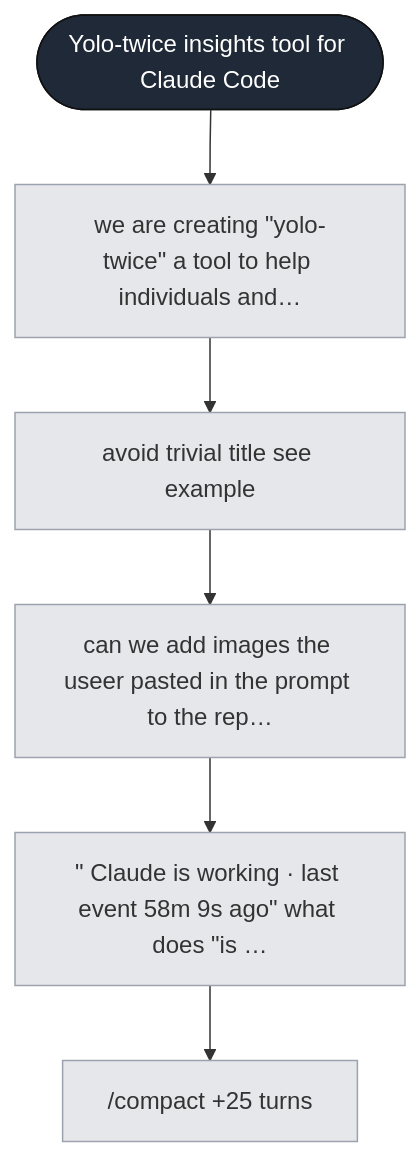
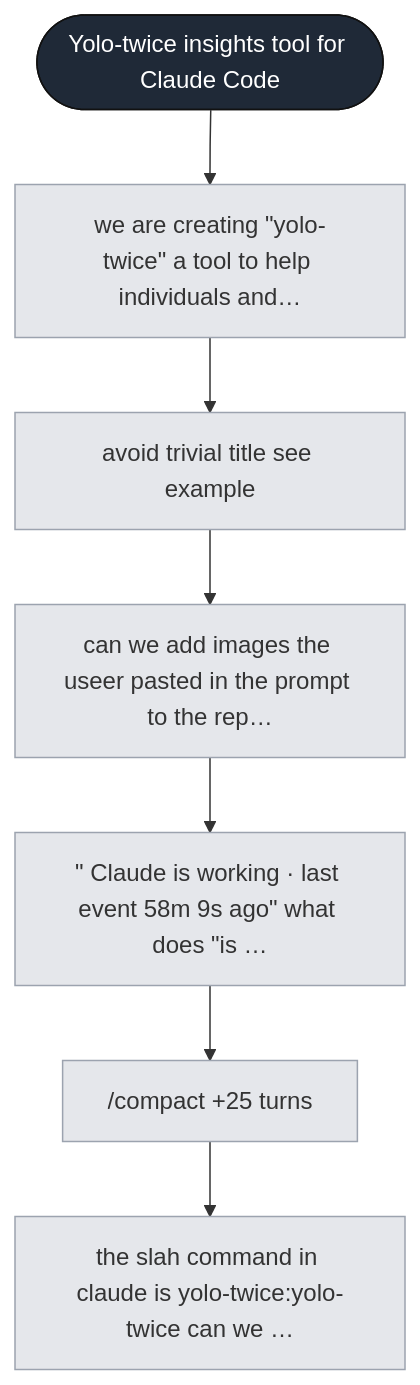
Before and after one commit to bar9/yolo-twice: the diagram in .yolo-twice/sessions/34b27ceb-5af1-4142-8334-ab80a4310636/graph.L1.mmd, drawn with Mermaid. The commit also changed 56 other files, not shown here.

```diff
--- a/.yolo-twice/sessions/34b27ceb-5af1-4142-8334-ab80a4310636/graph.L1.mmd
+++ b/.yolo-twice/sessions/34b27ceb-5af1-4142-8334-ab80a4310636/graph.L1.mmd
@@ -1,27 +1,30 @@
 flowchart TD
   s_34b27ceb_5af1_4142_8334_ab80a4310636(["Yolo-twice insights tool for Claude Code"])
   p1["we are creating #quot;yolo-twice#quot; a tool to help individuals and…"]
   p2["avoid trivial title see example"]
   p3["can we add images the useer pasted in the prompt to the rep…"]
   p4["#quot; Claude is working · last event 58m 9s ago#quot; what does #quot;is …"]
   p5["/compact  +25 turns "]
+  p6["the slah command in claude is yolo-twice:yolo-twice can we …"]
   s_34b27ceb_5af1_4142_8334_ab80a4310636 --> p1
   p1 --> p2
   p2 --> p3
   p3 --> p4
   p4 --> p5
+  p5 --> p6
   classDef session fill:#1f2937,color:#fff,stroke:#111;
   classDef phase fill:#e5e7eb,stroke:#9ca3af;
   classDef turn fill:#dbeafe,stroke:#60a5fa;
   classDef branch fill:#fde68a,stroke:#d97706;
   classDef subagent fill:#ede9fe,stroke:#8b5cf6;
   classDef tool fill:#dcfce7,stroke:#22c55e;
   classDef error fill:#fee2e2,stroke:#ef4444;
   classDef text fill:#f3f4f6,stroke:#9ca3af;
   classDef thinking fill:#f3f4f6,stroke:#d1d5db,stroke-dasharray: 3 3;
   class s_34b27ceb_5af1_4142_8334_ab80a4310636 session;
   class p1 phase;
   class p2 phase;
   class p3 phase;
   class p4 phase;
   class p5 phase;
+  class p6 phase;
```
